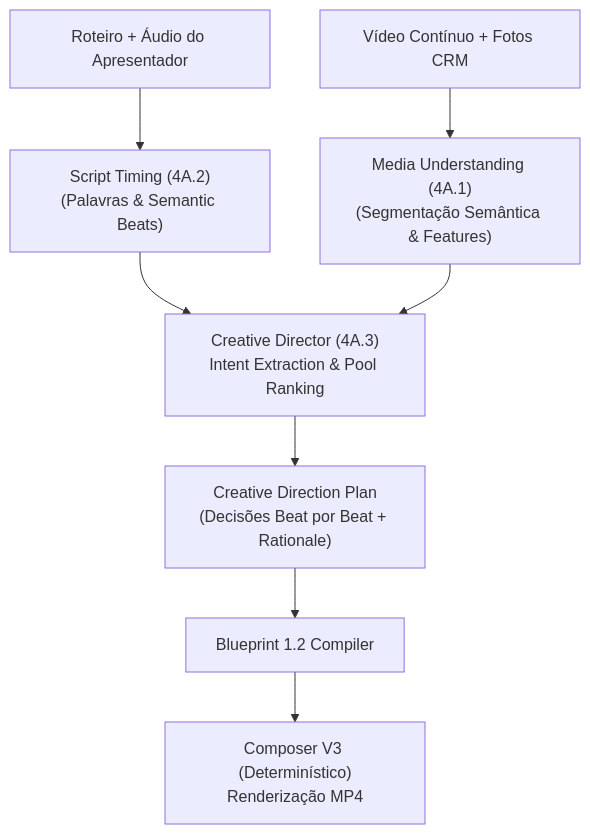
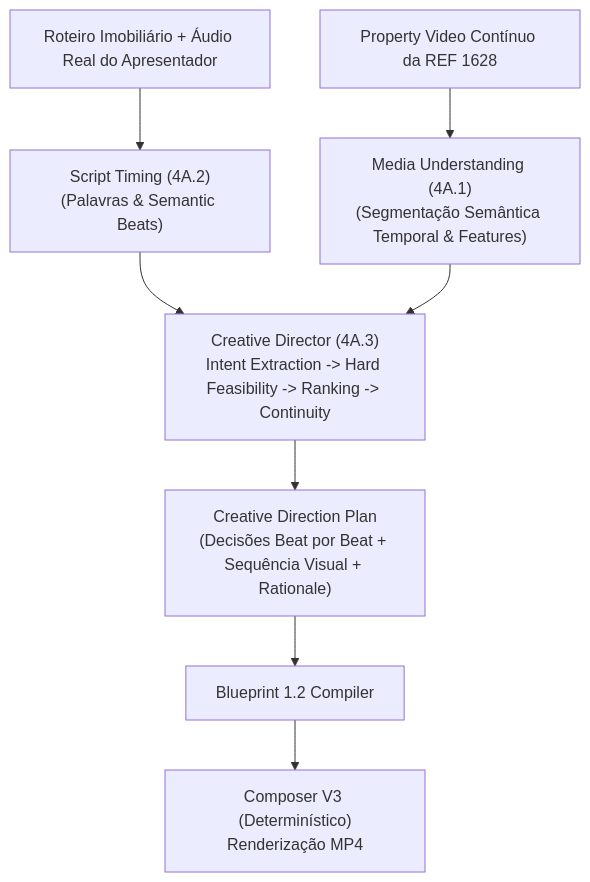
One commit to mlapidotome/ultraviolet-quasar changed the first of 2 diagrams in docs/architecture/SEMANTIC_MATCHING_CREATIVE_DIRECTOR_PLAN.md. Above: the diagram before and after it, drawn with Mermaid. The commit also changed other lines of this file, not shown here.

Commit message:
docs(creative-director): harden Phase 4A.3 architecture plan with video-only scope, hard feasibility constraints, granular fingerprinting and expanded test matrix

````diff
--- a/docs/architecture/SEMANTIC_MATCHING_CREATIVE_DIRECTOR_PLAN.md
+++ b/docs/architecture/SEMANTIC_MATCHING_CREATIVE_DIRECTOR_PLAN.md
@@ -17,10 +17,10 @@
 ```mermaid
 flowchart TD
-    A["Roteiro + Áudio do Apresentador"] --> B["Script Timing (4A.2)<br/>(Palavras & Semantic Beats)"]
-    C["Vídeo Contínuo + Fotos CRM"] --> D["Media Understanding (4A.1)<br/>(Segmentação Semântica & Features)"]
-    B --> E["Creative Director (4A.3)<br/>Intent Extraction & Pool Ranking"]
+    A["Roteiro Imobiliário + Áudio Real do Apresentador"] --> B["Script Timing (4A.2)<br/>(Palavras & Semantic Beats)"]
+    C["Property Video Contínuo da REF 1628"] --> D["Media Understanding (4A.1)<br/>(Segmentação Semântica Temporal & Features)"]
+    B --> E["Creative Director (4A.3)<br/>Intent Extraction -> Hard Feasibility -> Ranking -> Continuity"]
     D --> E
-    E --> F["Creative Direction Plan<br/>(Decisões Beat por Beat + Rationale)"]
+    E --> F["Creative Direction Plan<br/>(Decisões Beat por Beat + Sequência Visual + Rationale)"]
     F --> G["Blueprint 1.2 Compiler"]
     G --> H["Composer V3 (Determinístico)<br/>Renderização MP4"]
 ```
````
